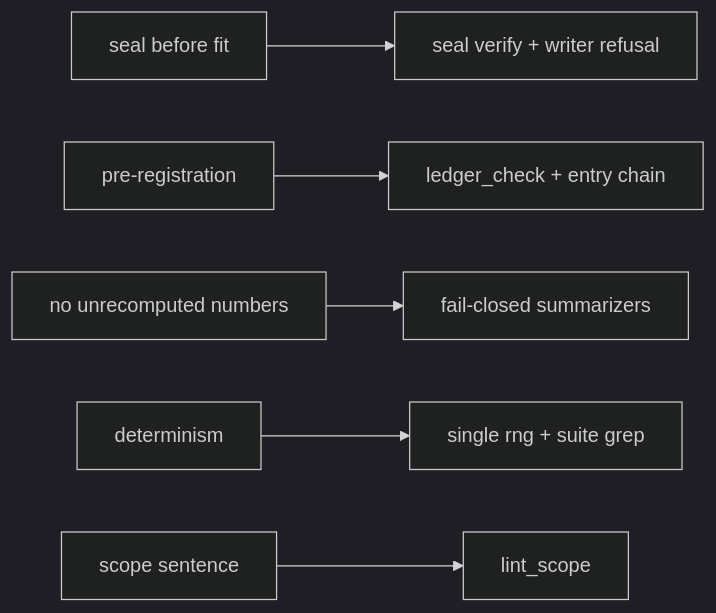
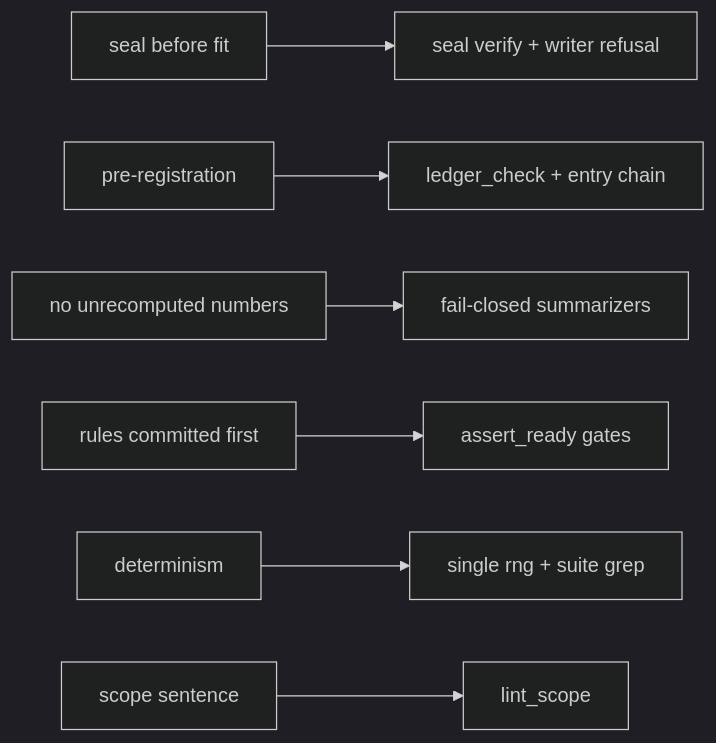
One commit to hossainpazooki/linear-ceiling changed the fourth of 6 diagrams in README.md. Above: the diagram before and after it, drawn with Mermaid (dark theme). The commit also changed other lines of this file and 3 other files, not shown here.

````diff
--- a/README.md
+++ b/README.md
@@ -73,8 +83,9 @@
 ```mermaid
 flowchart LR
     I1[seal before fit] --> C1[seal verify + writer refusal]
     I2[pre-registration] --> C2[ledger_check + entry chain]
     I3[no unrecomputed numbers] --> C3[fail-closed summarizers]
-    I4[determinism] --> C4[single rng + suite grep]
-    I5[scope sentence] --> C5[lint_scope]
+    I4[rules committed first] --> C4[assert_ready gates]
+    I5[determinism] --> C5[single rng + suite grep]
+    I6[scope sentence] --> C6[lint_scope]
 ```
````
